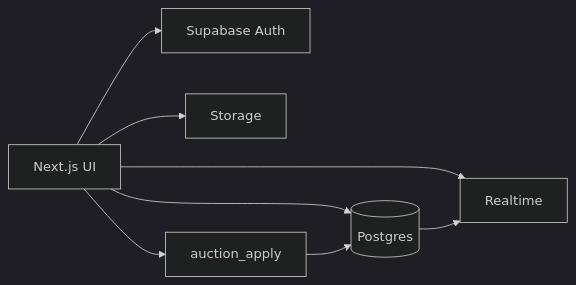
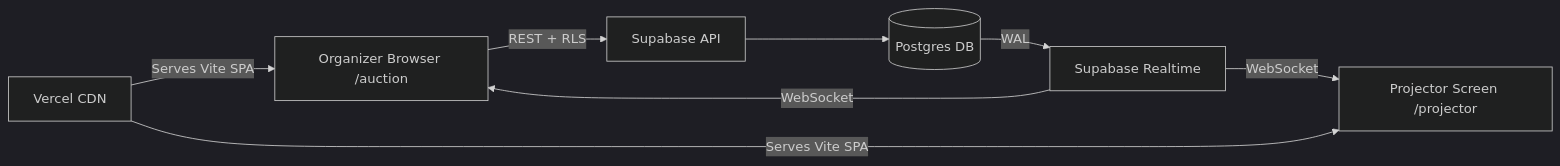
One commit to technologists07/Auction-Manager changed the diagram in Docs/ARCHITECTURE.md. Above: the diagram before and after it, drawn with Mermaid (dark theme). The commit also changed other lines of this file, not shown here.

Commit message:
Update ARCHITECTURE.md to match implemented React + Vite + Supabase app

````diff
--- a/Docs/ARCHITECTURE.md
+++ b/Docs/ARCHITECTURE.md
@@ -33,17 +18,10 @@
 ```mermaid
 flowchart LR
-  Browser[Next.js UI]
-  Auth[Supabase Auth]
-  DB[(Postgres)]
-  RT[Realtime]
-  Storage[Storage]
-  RPC[auction_apply]
-
-  Browser --> Auth
-  Browser --> DB
-  Browser --> RT
-  Browser --> Storage
-  Browser --> RPC
-  RPC --> DB
-  DB --> RT
+  Organizer[Organizer Browser /auction] -->|REST + RLS| SupabaseAPI[Supabase API]
+  SupabaseAPI --> Postgres[(Postgres DB)]
+  Postgres -->|WAL| Realtime[Supabase Realtime]
+  Realtime -->|WebSocket| Projector[Projector Screen /projector]
+  Realtime -->|WebSocket| Organizer
+  Vercel[Vercel CDN] -->|Serves Vite SPA| Organizer
+  Vercel -->|Serves Vite SPA| Projector
 ```
````
